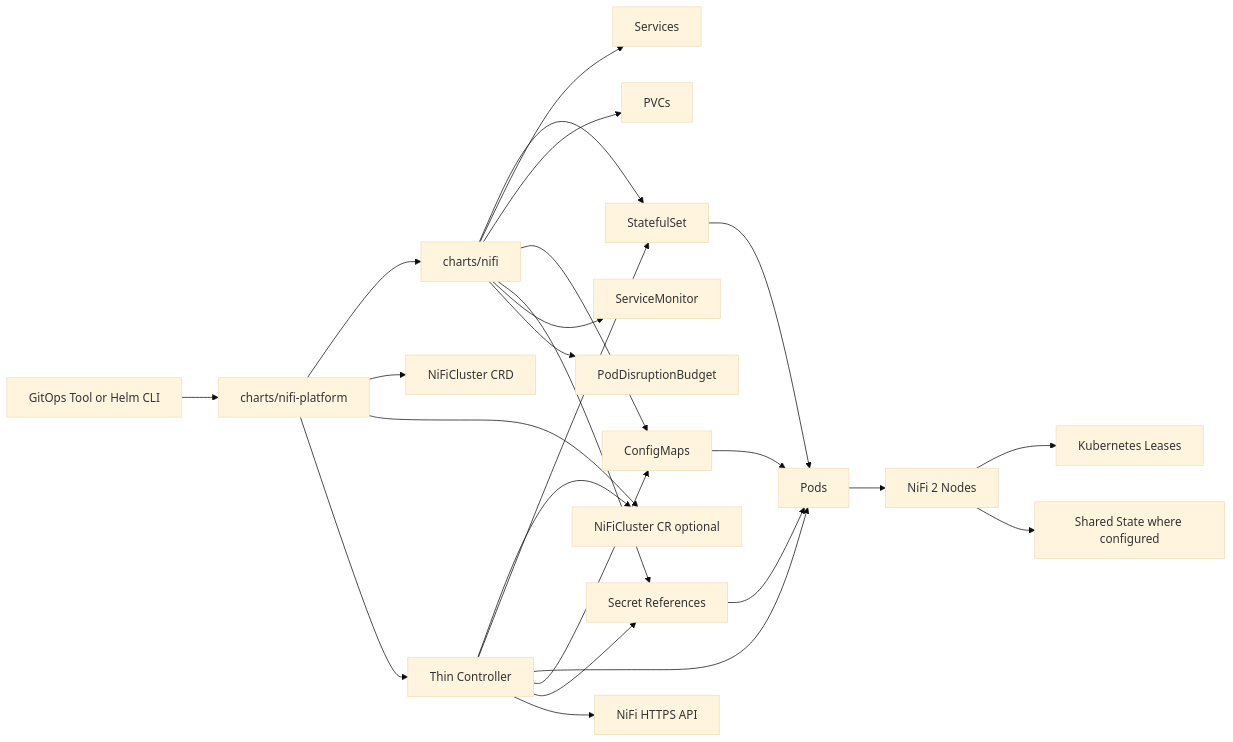
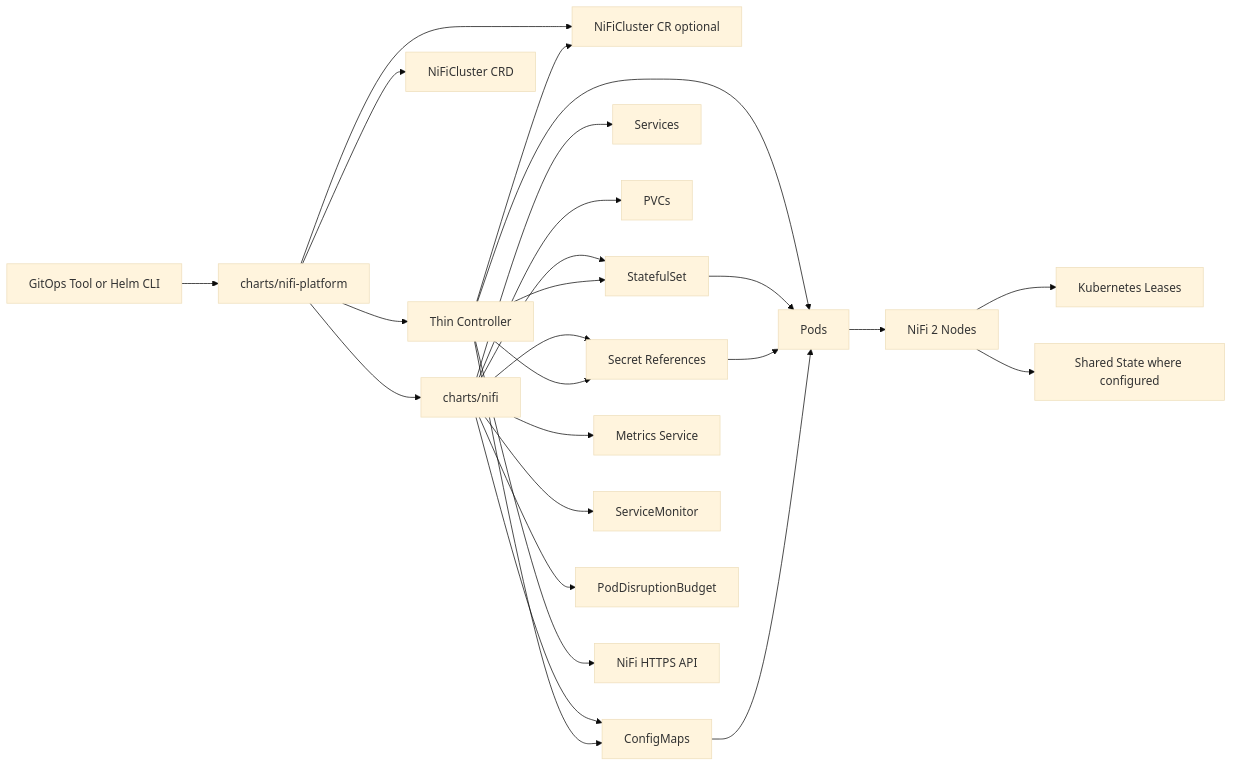
One commit to michaelhutchings-napier/NiFi-Fabric changed the diagram in docs/architecture.md. Above: the diagram before and after it, drawn with Mermaid (base theme). The commit also changed other lines of this file and 18 other files, not shown here.

````diff
--- a/docs/architecture.md
+++ b/docs/architecture.md
@@ -16,29 +16,30 @@
 ```mermaid
 flowchart LR
     GitOps[GitOps Tool or Helm CLI] --> PlatformChart[charts/nifi-platform]
     PlatformChart --> AppChart[charts/nifi]
     PlatformChart --> CRD[NiFiCluster CRD]
     PlatformChart --> CR[NiFiCluster CR optional]
     PlatformChart --> Controller[Thin Controller]
     AppChart --> STS[StatefulSet]
     AppChart --> SVC[Services]
     AppChart --> PVC[PVCs]
     AppChart --> CM[ConfigMaps]
     AppChart --> SEC[Secret References]
+    AppChart --> MSVC[Metrics Service]
     AppChart --> MON[ServiceMonitor]
     AppChart --> PDB[PodDisruptionBudget]
 
     Controller --> CR
     Controller --> STS
     Controller --> Pods[Pods]
     Controller --> CM
     Controller --> SEC
     Controller --> NiFiAPI[NiFi HTTPS API]
 
     STS --> Pods
     Pods --> NiFi[NiFi 2 Nodes]
     NiFi --> Lease[Kubernetes Leases]
     NiFi --> State[Shared State where configured]
     SEC --> Pods
     CM --> Pods
 ```
````
